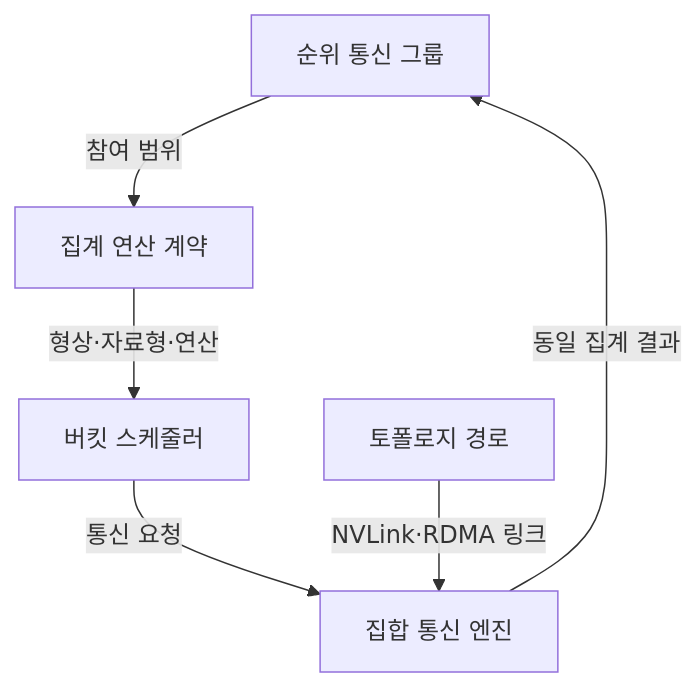
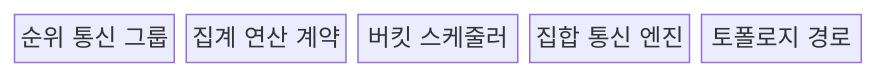
The first of 2 diagrams in src/content/docs/notes/04-network/106_all_reduce_collective_communication.md (agnusdei1207/knowledge-base), drawn with Mermaid before and after one commit. The commit also changed other lines of this file and 21 other files, not shown here.

````diff
--- a/src/content/docs/notes/04-network/106_all_reduce_collective_communication.md
+++ b/src/content/docs/notes/04-network/106_all_reduce_collective_communication.md
@@ -56,8 +56,9 @@
 ```mermaid
-flowchart TB
-    A["순위 통신 그룹"] -->|참여 범위| B["집계 연산 계약"]
-    B -->|형상·자료형·연산| C["버킷 스케줄러"]
-    C -->|통신 요청| D["집합 통신 엔진"]
-    E["토폴로지 경로"] -->|NVLink·RDMA 링크| D
-    D -->|동일 집계 결과| A
+block-beta
+    columns 5
+    A["순위 통신 그룹"]
+    B["집계 연산 계약"]
+    C["버킷 스케줄러"]
+    D["집합 통신 엔진"]
+    E["토폴로지 경로"]
 ```
````
